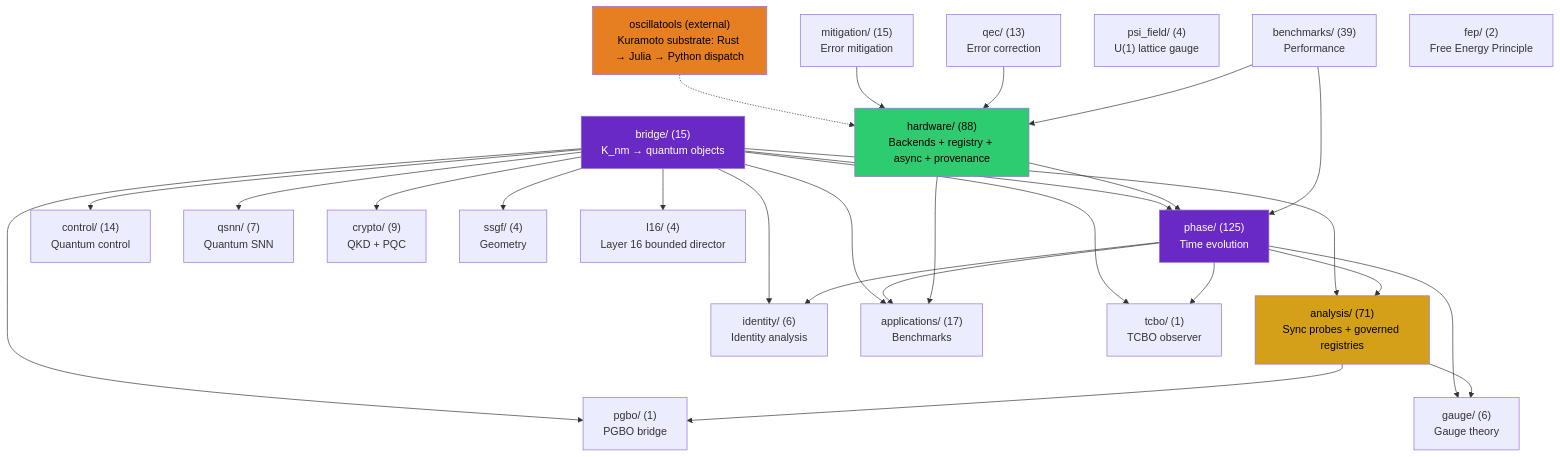
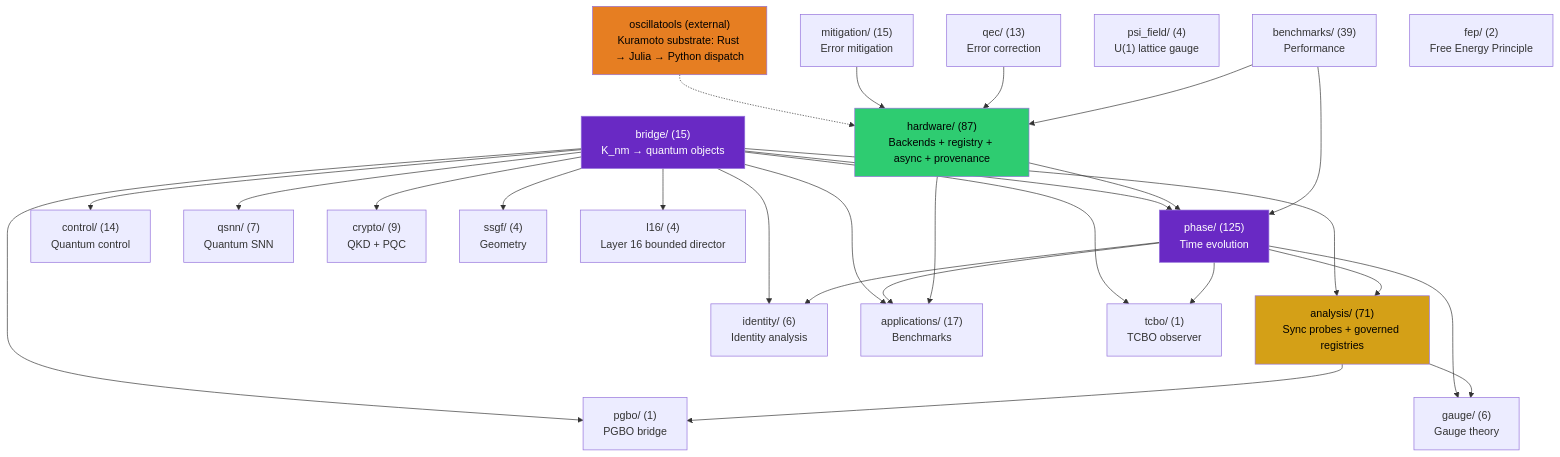
Before and after one commit to anulum/scpn-quantum-control: the second of 5 diagrams in docs/architecture.md, drawn with Mermaid. The commit also changed 14 other files, not shown here.

````diff
--- a/docs/architecture.md
+++ b/docs/architecture.md
@@ -919,55 +919,55 @@
 ```mermaid
 graph TD
     bridge["bridge/ (15)\nK_nm → quantum objects"]
     phase["phase/ (125)\nTime evolution"]
     analysis["analysis/ (71)\nSync probes + governed registries"]
     control["control/ (14)\nQuantum control"]
     qsnn["qsnn/ (7)\nQuantum SNN"]
     identity["identity/ (6)\nIdentity analysis"]
-    hardware["hardware/ (88)\nBackends + registry + async + provenance"]
+    hardware["hardware/ (87)\nBackends + registry + async + provenance"]
     mitigation["mitigation/ (15)\nError mitigation"]
     qec["qec/ (13)\nError correction"]
     gauge["gauge/ (6)\nGauge theory"]
     apps["applications/ (17)\nBenchmarks"]
     crypto["crypto/ (9)\nQKD + PQC"]
     benchmarks["benchmarks/ (39)\nPerformance"]
     ssgf["ssgf/ (4)\nGeometry"]
     psi_field["psi_field/ (4)\nU(1) lattice gauge"]
     oscillatools["oscillatools (external)\nKuramoto substrate: Rust → Julia → Python dispatch"]
     fep["fep/ (2)\nFree Energy Principle"]
     tcbo["tcbo/ (1)\nTCBO observer"]
     pgbo["pgbo/ (1)\nPGBO bridge"]
     l16["l16/ (4)\nLayer 16 bounded director"]
 
     bridge --> phase
     bridge --> analysis
     bridge --> control
     bridge --> qsnn
     bridge --> identity
     bridge --> apps
     bridge --> crypto
     bridge --> ssgf
     phase --> analysis
     phase --> identity
     phase --> apps
     phase --> gauge
     analysis --> gauge
     hardware --> phase
     hardware --> apps
     oscillatools -.-> hardware
     mitigation --> hardware
     qec --> hardware
     benchmarks --> phase
     benchmarks --> hardware
     bridge --> tcbo
     bridge --> pgbo
     bridge --> l16
     phase --> tcbo
     analysis --> pgbo
 
     style bridge fill:#6929C4,color:#fff
     style analysis fill:#d4a017,color:#000
     style phase fill:#6929C4,color:#fff
     style hardware fill:#2ecc71,color:#000
     style oscillatools fill:#e67e22,color:#000
 ```
````
